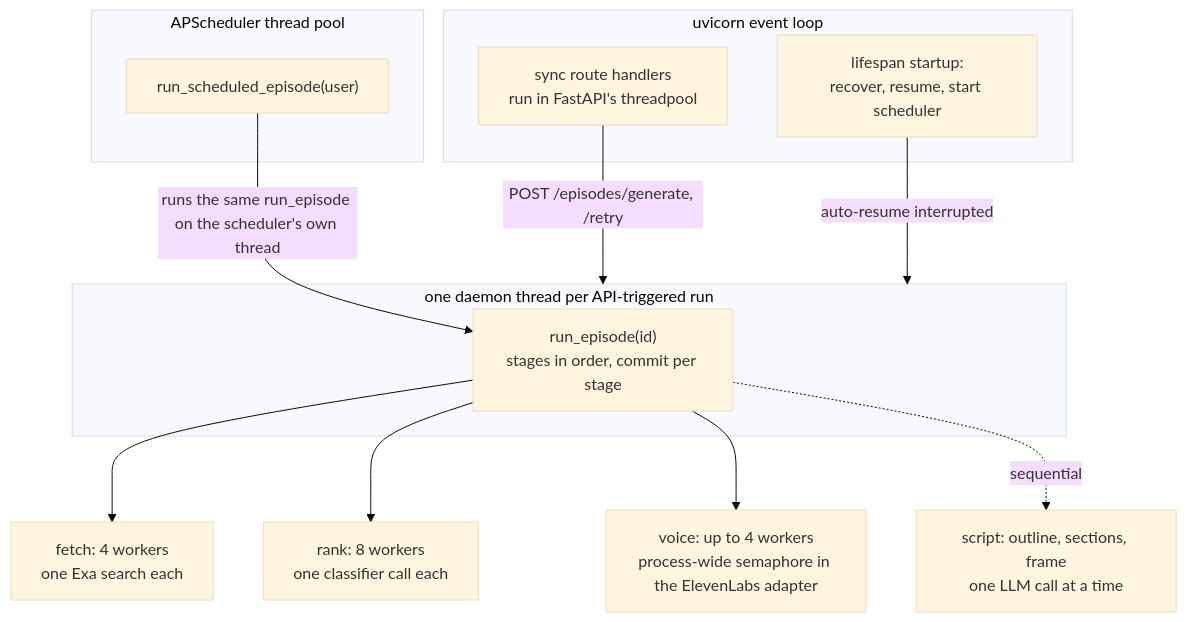
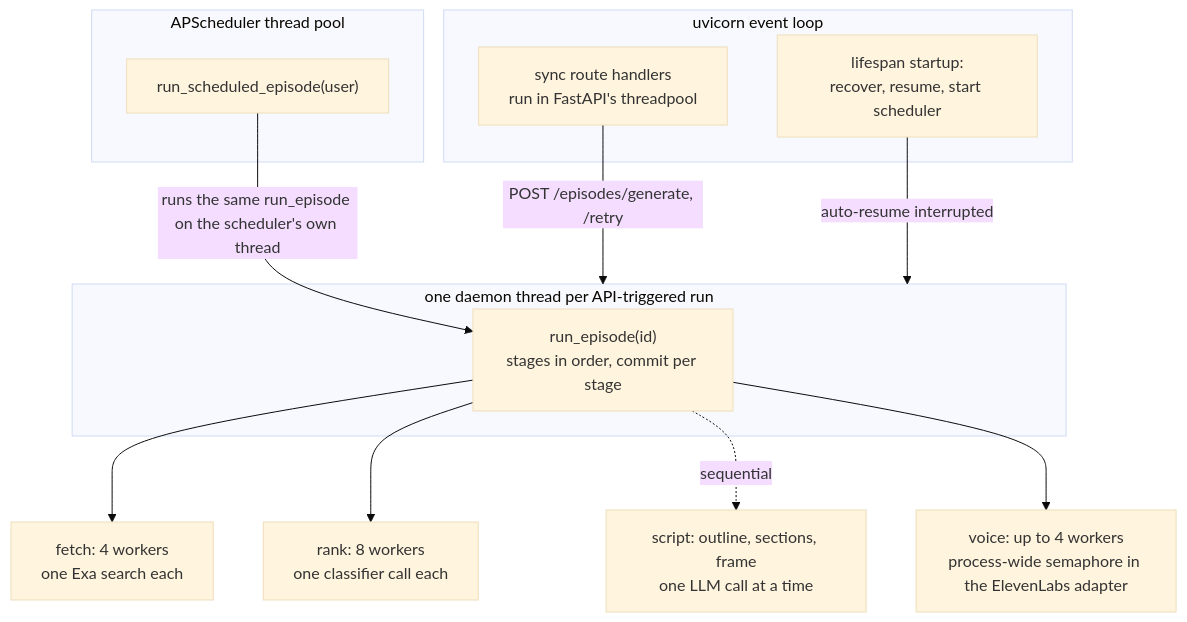
One commit to mpenalverguilera/podcast-generator changed the second of 15 diagrams in docs/ARCHITECTURE.md. Above: the diagram before and after it, drawn with Mermaid (base theme). The commit also changed other lines of this file, not shown here.

````diff
--- a/docs/ARCHITECTURE.md
+++ b/docs/ARCHITECTURE.md
@@ -120,24 +120,24 @@
 ```mermaid
 flowchart TB
   subgraph Uvicorn["uvicorn event loop"]
     ROUTES["sync route handlers<br/>run in FastAPI's threadpool"]
     LIFE["lifespan startup:<br/>recover, resume, start scheduler"]
   end
 
   subgraph SchedPool["APScheduler thread pool"]
     CRON["run_scheduled_episode(user)"]
   end
 
   subgraph Daemon["one daemon thread per API-triggered run"]
     RE["run_episode(id)<br/>stages in order, commit per stage"]
   end
 
   ROUTES -->|"POST /episodes/generate, /retry"| Daemon
   LIFE -->|"auto-resume interrupted"| Daemon
   CRON -->|"runs the same run_episode on the scheduler's own thread"| RE
 
   RE --> F["fetch: 4 workers<br/>one Exa search each"]
   RE --> R["rank: 8 workers<br/>one classifier call each"]
+  RE -. sequential .-> S["script: outline, sections, frame<br/>one LLM call at a time"]
   RE --> V["voice: up to 4 workers<br/>process-wide semaphore in the ElevenLabs adapter"]
-  RE -. sequential .-> S["script: outline, sections, frame<br/>one LLM call at a time"]
 ```
````
